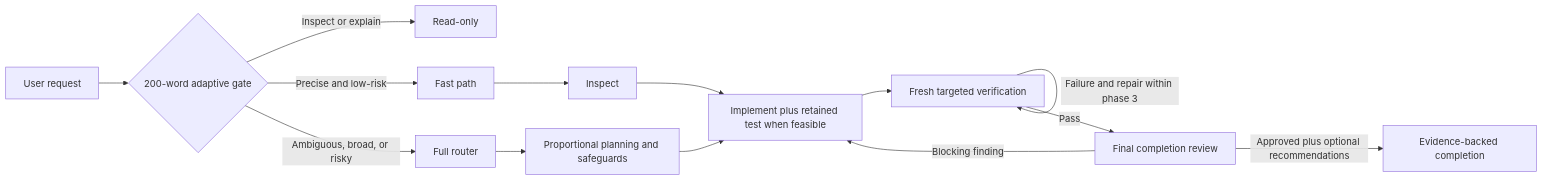
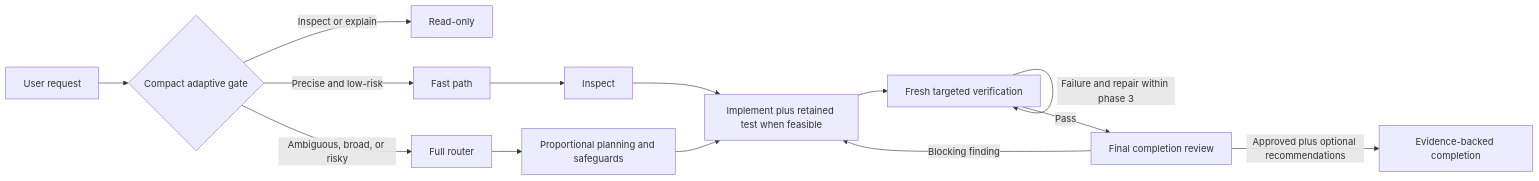
One commit to aididhaiqal/adaptive-superpowers changed the diagram in README.md. Above: the diagram before and after it, drawn with Mermaid. The commit also changed other lines of this file and 17 other files, not shown here.

````diff
--- a/README.md
+++ b/README.md
@@ -157,16 +157,16 @@
 ```mermaid
 flowchart LR
-    R[User request] --> G{200-word adaptive gate}
+    R[User request] --> G{Compact adaptive gate}
     G -->|Inspect or explain| RO[Read-only]
     G -->|Precise and low-risk| FP[Fast path]
     G -->|Ambiguous, broad, or risky| FR[Full router]
     FP --> I[Inspect]
     I --> C[Implement plus retained test when feasible]
     C --> V[Fresh targeted verification]
     V -->|Failure and repair within phase 3| V
     V -->|Pass| CR[Final completion review]
     CR -->|Blocking finding| C
     CR -->|Approved plus optional recommendations| E[Evidence-backed completion]
     FR --> P[Proportional planning and safeguards]
     P --> C
 ```
````
